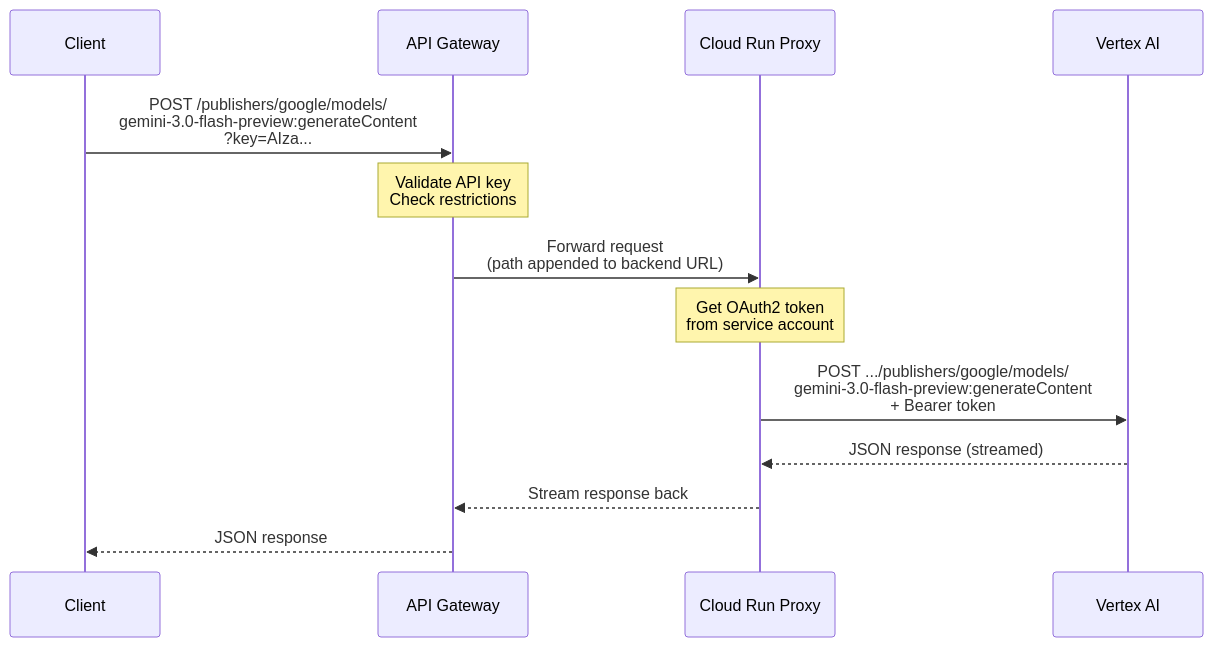
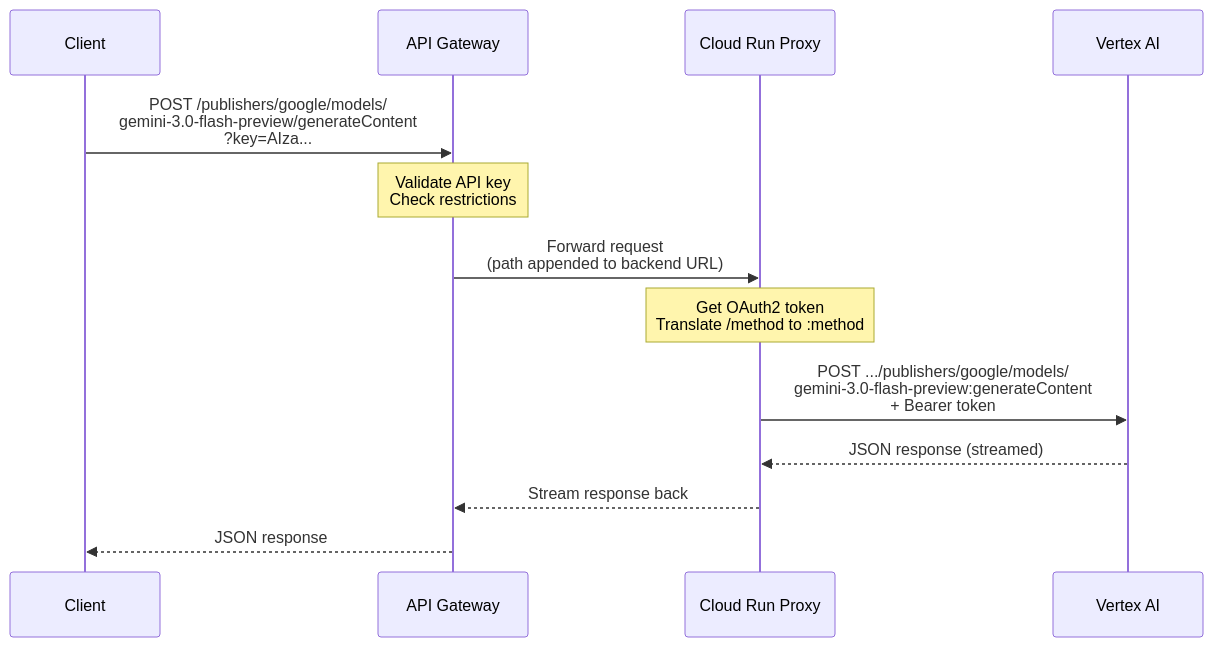
The second of 2 diagrams in README.md (duboc/api-management-service), drawn with Mermaid before and after one commit. The commit also changed other lines of this file and 5 other files, not shown here.

````diff
--- a/README.md
+++ b/README.md
@@ -40,21 +40,21 @@
 ```mermaid
 sequenceDiagram
     participant C as Client
     participant GW as API Gateway
     participant P as Cloud Run Proxy
     participant V as Vertex AI
 
-    C->>GW: POST /publishers/google/models/<br/>gemini-3.0-flash-preview:generateContent<br/>?key=AIza...
+    C->>GW: POST /publishers/google/models/<br/>gemini-3.0-flash-preview/generateContent<br/>?key=AIza...
 
     Note over GW: Validate API key<br/>Check restrictions
 
     GW->>P: Forward request<br/>(path appended to backend URL)
 
-    Note over P: Get OAuth2 token<br/>from service account
+    Note over P: Get OAuth2 token<br/>Translate /method to :method
 
     P->>V: POST .../publishers/google/models/<br/>gemini-3.0-flash-preview:generateContent<br/>+ Bearer token
 
     V-->>P: JSON response (streamed)
     P-->>GW: Stream response back
     GW-->>C: JSON response
 ```
````
